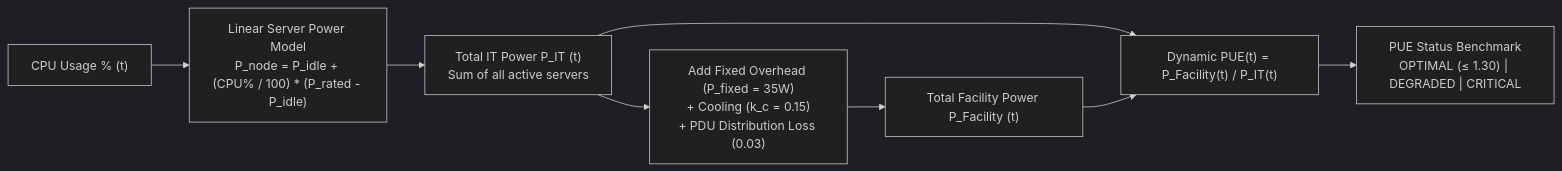
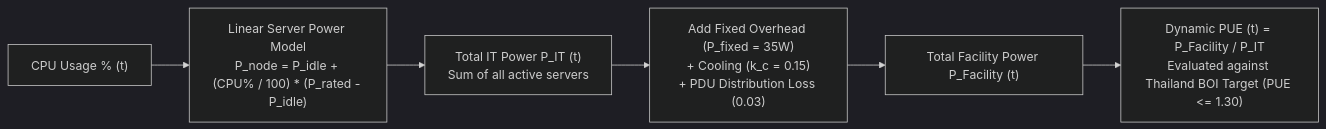
Before and after one commit to Disorn1998/infrapulse: the second of 2 diagrams in README.md, drawn with Mermaid (dark theme). The commit also changed other lines of this file and 2 other files, not shown here.

````diff
--- a/README.md
+++ b/README.md
@@ -95,9 +119,8 @@
 ```mermaid
 flowchart LR
     A["CPU Usage % (t)"] --> B["Linear Server Power Model<br/>P_node = P_idle + (CPU% / 100) * (P_rated - P_idle)"]
     B --> C["Total IT Power P_IT (t)<br/>Sum of all active servers"]
     C --> D["Add Fixed Overhead (P_fixed = 35W)<br/>+ Cooling (k_c = 0.15)<br/>+ PDU Distribution Loss (0.03)"]
     D --> E["Total Facility Power P_Facility (t)"]
-    C & E --> F["Dynamic PUE(t) = P_Facility(t) / P_IT(t)"]
-    F --> G["PUE Status Benchmark<br/>OPTIMAL (≤ 1.30) | DEGRADED | CRITICAL"]
+    E --> F["Dynamic PUE (t) = P_Facility / P_IT<br/>Evaluated against Thailand BOI Target (PUE <= 1.30)"]
 ```
````
